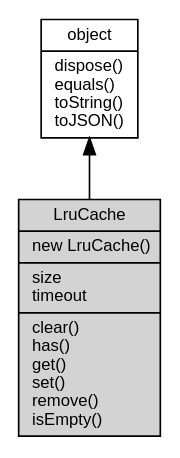
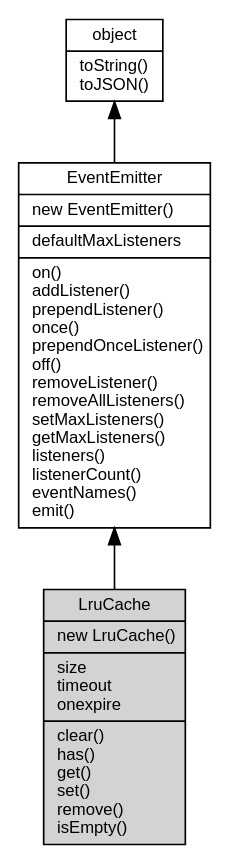
Before and after one commit to asionius/fibjs-ceph: the diagram in docs/object/ifs/LruCache.md, drawn with Graphviz. The commit also changed other lines of this file and 138 other files, not shown here.

````diff
--- a/docs/object/ifs/LruCache.md
+++ b/docs/object/ifs/LruCache.md
@@ -12,10 +12,12 @@
 ```dot
 digraph {
     node [fontname="Helvetica,sans-Serif", fontsize=10, shape="record", style="filled", fillcolor="white"];
 
-    object [tooltip="object", URL="object.md", label="{object|dispose()\lequals()\ltoString()\ltoJSON()\l}"];
-    LruCache [tooltip="LruCache", fillcolor="lightgray", label="{LruCache|new LruCache()\l|size\ltimeout\l|clear()\lhas()\lget()\lset()\lremove()\lisEmpty()\l}"];
+    object [tooltip="object", URL="object.md", label="{object|toString()\ltoJSON()\l}"];
+    EventEmitter [tooltip="EventEmitter", URL="EventEmitter.md", label="{EventEmitter|new EventEmitter()\l|defaultMaxListeners\l|on()\laddListener()\lprependListener()\lonce()\lprependOnceListener()\loff()\lremoveListener()\lremoveAllListeners()\lsetMaxListeners()\lgetMaxListeners()\llisteners()\llistenerCount()\leventNames()\lemit()\l}"];
+    LruCache [tooltip="LruCache", fillcolor="lightgray", id="me", label="{LruCache|new LruCache()\l|size\ltimeout\lonexpire\l|clear()\lhas()\lget()\lset()\lremove()\lisEmpty()\l}"];
 
-    object -> LruCache [dir=back];
+    object -> EventEmitter [dir=back];
+    EventEmitter -> LruCache [dir=back];
 }
 ```
````
